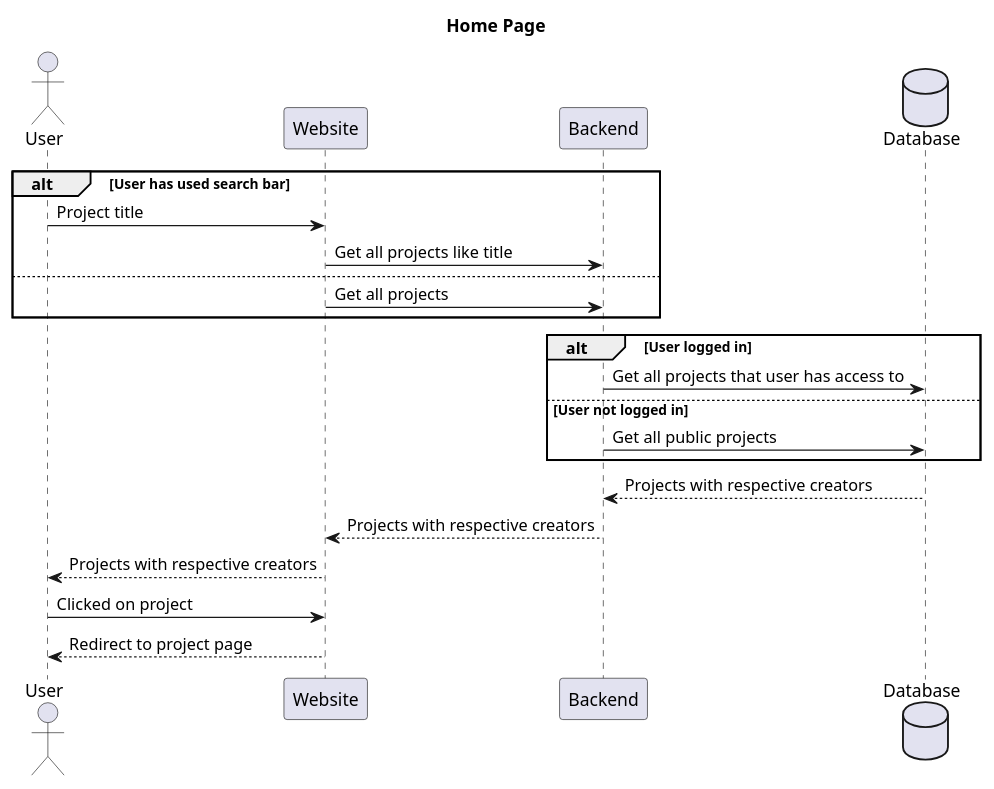
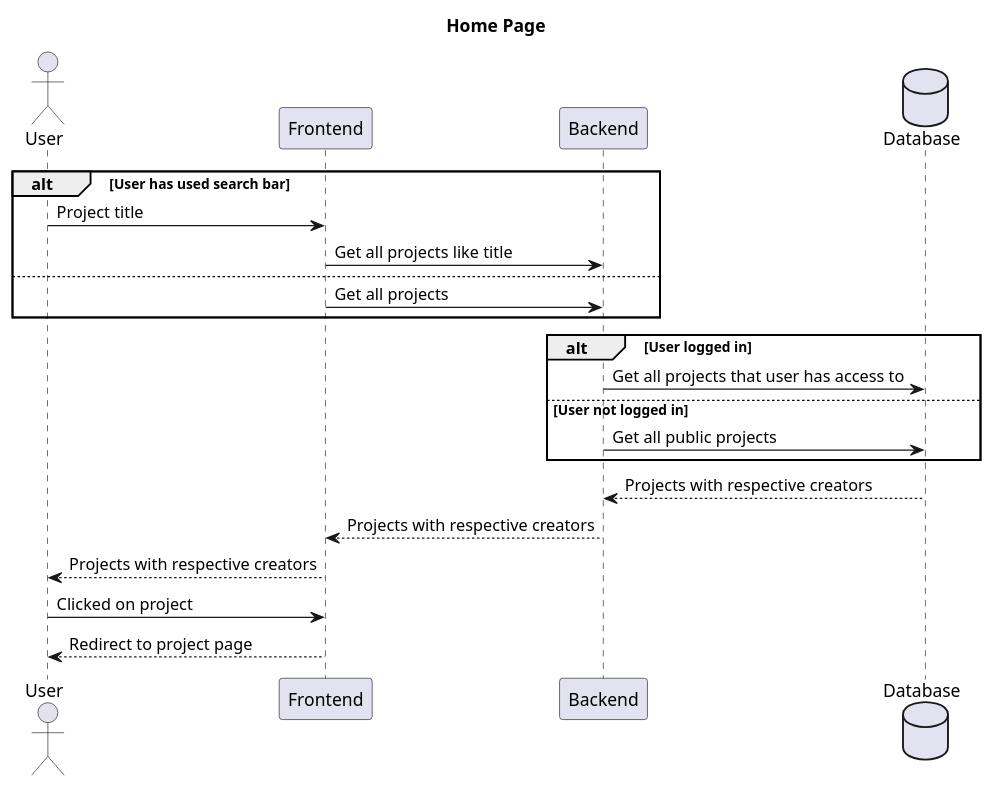
Before and after one commit to mylesgordon/cURL-Share: the diagram in docs/uml/sequence-diagrams/home-page.plantuml, drawn with PlantUML. The commit also changed 3 other files, not shown here.

Commit message:
Docs: replace Website with Frontend

```diff
--- a/docs/uml/sequence-diagrams/home-page.plantuml
+++ b/docs/uml/sequence-diagrams/home-page.plantuml
@@ -1,29 +1,29 @@
 @startuml
 title Home Page
 
 actor User
-participant Website 
+participant Frontend 
 participant Backend
 database Database
 
 alt User has used search bar
-    User -> Website: Project title
-    Website -> Backend: Get all projects like title
+    User -> Frontend: Project title
+    Frontend -> Backend: Get all projects like title
 else
-    Website -> Backend: Get all projects
+    Frontend -> Backend: Get all projects
 end
 
 alt User logged in
     Backend -> Database: Get all projects that user has access to
 else User not logged in
     Backend -> Database: Get all public projects
 end
 
 Database --> Backend: Projects with respective creators
-Backend --> Website: Projects with respective creators
-Website --> User: Projects with respective creators
+Backend --> Frontend: Projects with respective creators
+Frontend --> User: Projects with respective creators
 
-User -> Website: Clicked on project
-Website --> User: Redirect to project page
+User -> Frontend: Clicked on project
+Frontend --> User: Redirect to project page
 
 @enduml
```
